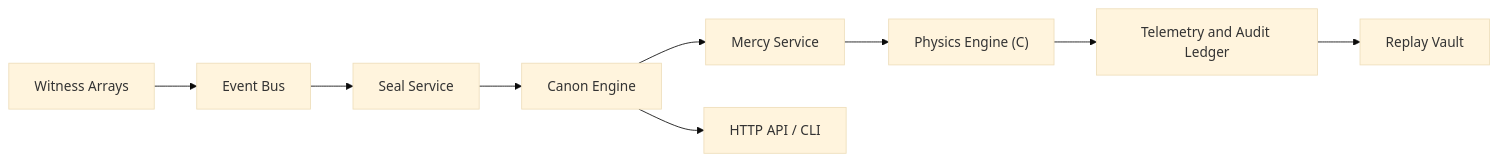
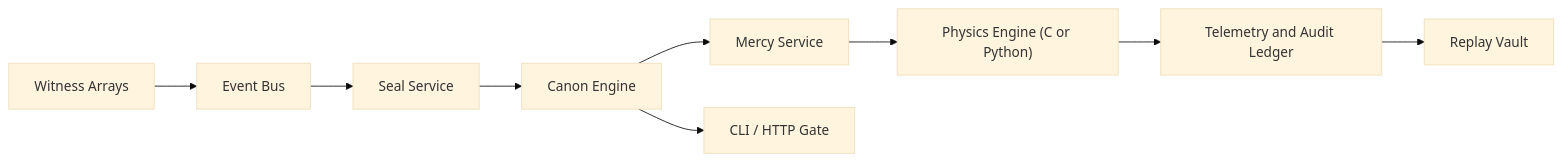
Before and after one commit to Andrei-Barwood/lumen-veil: the diagram in README.md, drawn with Mermaid (base theme). The commit also changed other lines of this file, not shown here.

````diff
--- a/README.md
+++ b/README.md
@@ -77,11 +141,11 @@
 ```mermaid
 flowchart LR
-  S["Witness Arrays"] --> E["Event Bus"]
-  E --> I["Seal Service"]
-  I --> C["Canon Engine"]
+  W["Witness Arrays"] --> E["Event Bus"]
+  E --> S["Seal Service"]
+  S --> C["Canon Engine"]
   C --> M["Mercy Service"]
-  M --> P["Physics Engine (C)"]
+  M --> P["Physics Engine (C or Python)"]
   P --> T["Telemetry and Audit Ledger"]
   T --> R["Replay Vault"]
-  C --> A["HTTP API / CLI"]
+  C --> G["CLI / HTTP Gate"]
 ```
````
